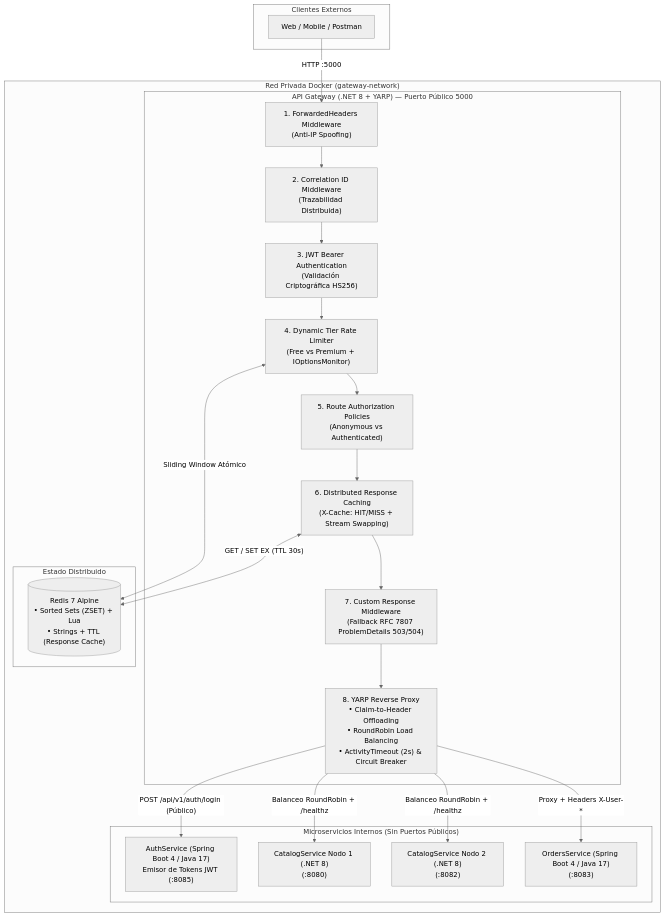
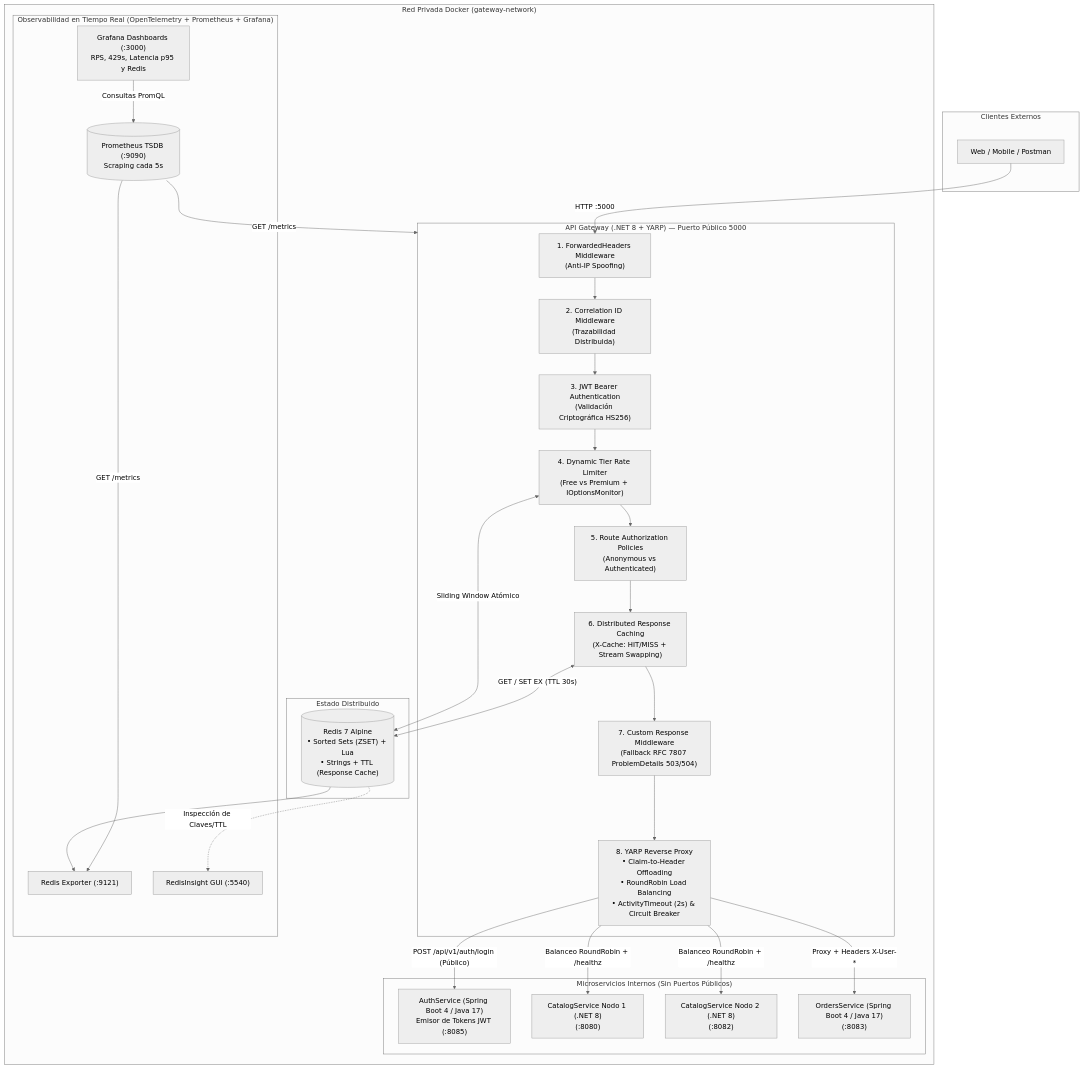
One commit to Ariel-Marcelo/cloud-native-api-gateway changed the diagram in README.md. Above: the diagram before and after it, drawn with Mermaid (neutral theme). The commit also changed other lines of this file and 5 other files, not shown here.

````diff
--- a/README.md
+++ b/README.md
@@ -9,40 +9,52 @@
 ```mermaid
 flowchart TD
     subgraph Clientes["Clientes Externos"]
         Client["Web / Mobile / Postman"]
     end
 
     subgraph DockerNet["Red Privada Docker (gateway-network)"]
         subgraph Edge["API Gateway (.NET 8 + YARP) — Puerto Público 5000"]
             FH["1. ForwardedHeaders Middleware<br/>(Anti-IP Spoofing)"]
             CID["2. Correlation ID Middleware<br/>(Trazabilidad Distribuida)"]
             JWT["3. JWT Bearer Authentication<br/>(Validación Criptográfica HS256)"]
             RL["4. Dynamic Tier Rate Limiter<br/>(Free vs Premium + IOptionsMonitor)"]
             AUTHZ["5. Route Authorization Policies<br/>(Anonymous vs Authenticated)"]
             CACHE["6. Distributed Response Caching<br/>(X-Cache: HIT/MISS + Stream Swapping)"]
             FALLBACK["7. Custom Response Middleware<br/>(Fallback RFC 7807 ProblemDetails 503/504)"]
             YARP["8. YARP Reverse Proxy<br/>• Claim-to-Header Offloading<br/>• RoundRobin Load Balancing<br/>• ActivityTimeout (2s) & Circuit Breaker"]
             
             FH --> CID --> JWT --> RL --> AUTHZ --> CACHE --> FALLBACK --> YARP
         end
 
         subgraph State["Estado Distribuido"]
             REDIS[("Redis 7 Alpine<br/>• Sorted Sets (ZSET) + Lua<br/>• Strings + TTL (Response Cache)")]
         end
 
         subgraph Downstream["Microservicios Internos (Sin Puertos Públicos)"]
             AUTH["AuthService (Spring Boot 4 / Java 17)<br/>Emisor de Tokens JWT (:8085)"]
             CAT1["CatalogService Nodo 1 (.NET 8)<br/>(:8080)"]
             CAT2["CatalogService Nodo 2 (.NET 8)<br/>(:8082)"]
             ORD["OrdersService (Spring Boot 4 / Java 17)<br/>(:8083)"]
         end
+
+        subgraph Obs["Observabilidad en Tiempo Real (OpenTelemetry + Prometheus + Grafana)"]
+            REX["Redis Exporter (:9121)"]
+            RINS["RedisInsight GUI (:5540)"]
+            PROM[("Prometheus TSDB (:9090)<br/>Scraping cada 5s")]
+            GRAF["Grafana Dashboards (:3000)<br/>RPS, 429s, Latencia p95 y Redis"]
+        end
     end
 
     Client -->|"HTTP :5000"| FH
     RL <-->|"Sliding Window Atómico"| REDIS
     CACHE <-->|"GET / SET EX (TTL 30s)"| REDIS
     YARP -->|"POST /api/v1/auth/login (Público)"| AUTH
     YARP -->|"Balanceo RoundRobin + /healthz"| CAT1
     YARP -->|"Balanceo RoundRobin + /healthz"| CAT2
     YARP -->|"Proxy + Headers X-User-*"| ORD
+    REDIS --> REX
+    REDIS -.->|"Inspección de Claves/TTL"| RINS
+    PROM -->|"GET /metrics"| Edge
+    PROM -->|"GET /metrics"| REX
+    GRAF -->|"Consultas PromQL"| PROM
 ```
````
